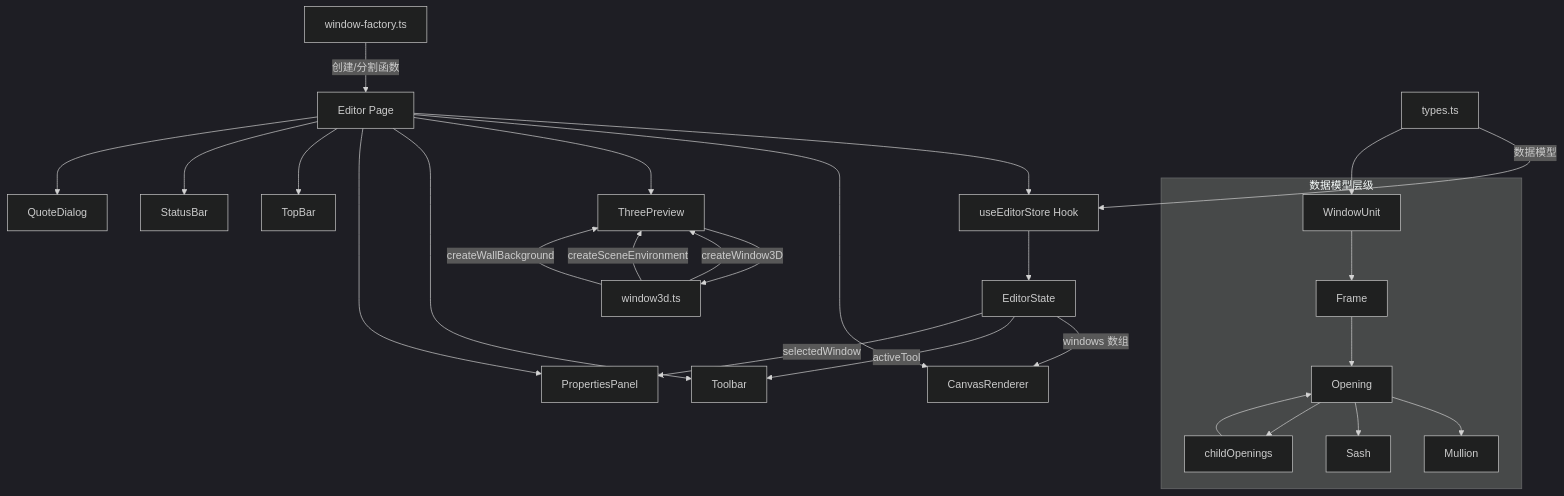
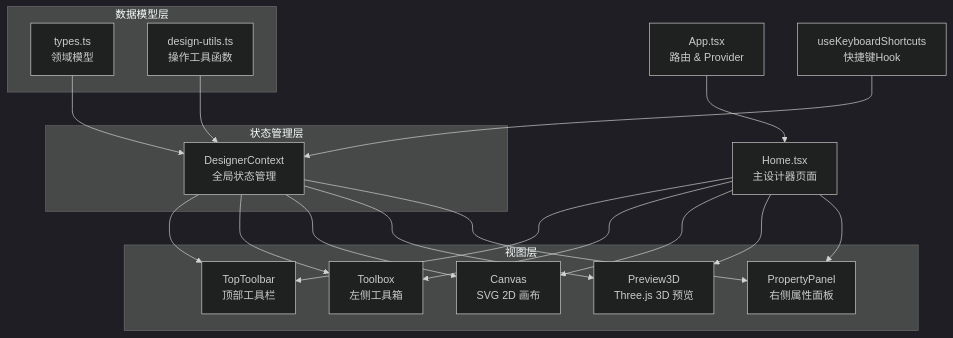
The diagram in ARCHITECTURE.md (liudada118/windows), drawn with Mermaid (dark theme) before and after one commit. The commit also changed other lines of this file, not shown here.

Commit message:
docs: 更新项目架构文档 ARCHITECTURE.md - 完整的技术栈、目录结构、数据流、项目进度和开发规划

````diff
--- a/ARCHITECTURE.md
+++ b/ARCHITECTURE.md
@@ -77,35 +99,38 @@
 ```mermaid
 graph TD
-    A[Editor Page] --> B[useEditorStore Hook]
-    A --> C[CanvasRenderer]
-    A --> C3[ThreePreview]
-    A --> D[Toolbar]
-    A --> E[PropertiesPanel]
-    A --> F[TopBar]
-    A --> G[StatusBar]
-    A --> H[QuoteDialog]
-
-    C3 --> W3[window3d.ts]
-    W3 --> |createWindow3D| C3
-    W3 --> |createSceneEnvironment| C3
-    W3 --> |createWallBackground| C3
-
-    B --> I[EditorState]
-    I --> |windows 数组| C
-    I --> |activeTool| D
-    I --> |selectedWindow| E
-
-    J[types.ts] --> |数据模型| B
-    K[window-factory.ts] --> |创建/分割函数| A
-
-    subgraph 数据模型层级
-        L[WindowUnit] --> M[Frame]
-        M --> N[Opening]
-        N --> O[Mullion]
-        N --> P[Sash]
-        N --> Q[childOpenings]
-        Q --> N
+    A[App.tsx<br/>路由 & Provider] --> B[Home.tsx<br/>主设计器页面]
+    
+    B --> C[TopToolbar<br/>顶部工具栏]
+    B --> D[Toolbox<br/>左侧工具箱]
+    B --> E[Canvas<br/>SVG 2D 画布]
+    B --> F[Preview3D<br/>Three.js 3D 预览]
+    B --> G[PropertyPanel<br/>右侧属性面板]
+    
+    H[DesignerContext<br/>全局状态管理] --> C
+    H --> D
+    H --> E
+    H --> F
+    H --> G
+    
+    I[types.ts<br/>领域模型] --> H
+    J[design-utils.ts<br/>操作工具函数] --> H
+    
+    K[useKeyboardShortcuts<br/>快捷键Hook] --> H
+    
+    subgraph 数据模型层
+        I
+        J
     end
-
-    J --> L
+    
+    subgraph 状态管理层
+        H
+    end
+    
+    subgraph 视图层
+        C
+        D
+        E
+        F
+        G
+    end
 ```
````
